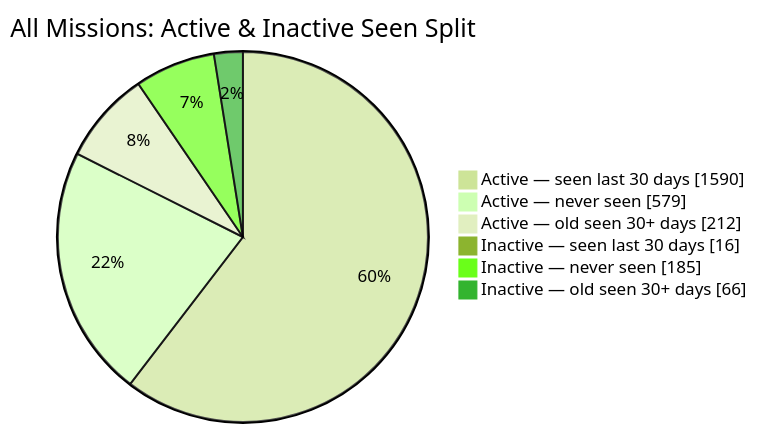
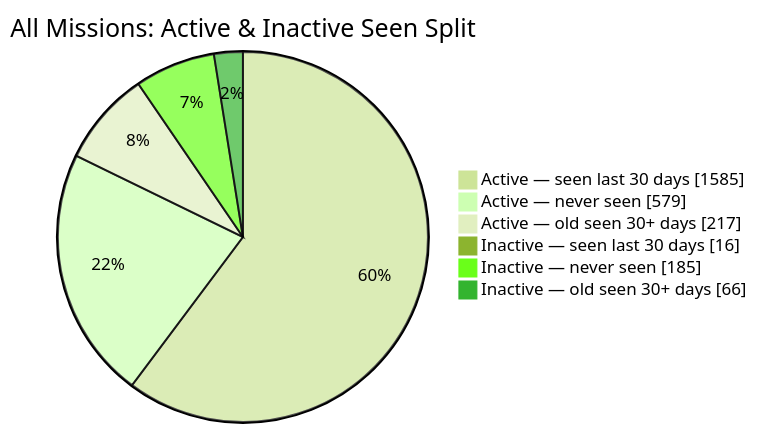
The second of 2 diagrams in README.md (MeldkamerspelGameTeam/active-missions), drawn with Mermaid (forest theme) before and after one commit. The commit also changed other lines of this file and 3 other files, not shown here.

````diff
--- a/README.md
+++ b/README.md
@@ -44,10 +44,10 @@
 ```mermaid
 pie showData
     title All Missions: Active & Inactive Seen Split
-    "Active — seen last 30 days" : 1590
+    "Active — seen last 30 days" : 1585
     "Active — never seen" : 579
-    "Active — old seen 30+ days" : 212
+    "Active — old seen 30+ days" : 217
     "Inactive — seen last 30 days" : 16
     "Inactive — never seen" : 185
     "Inactive — old seen 30+ days" : 66
 ```
````
